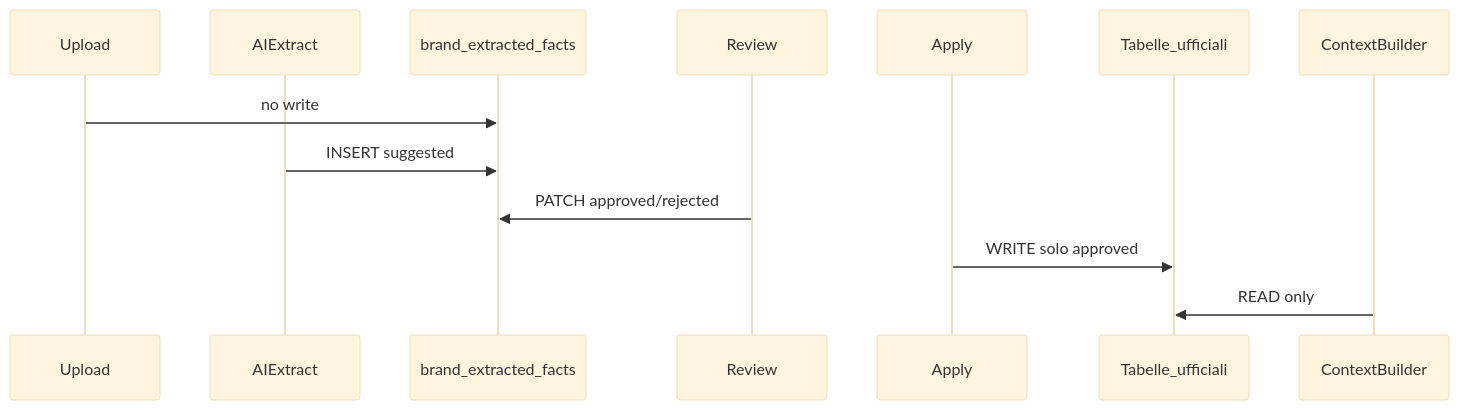
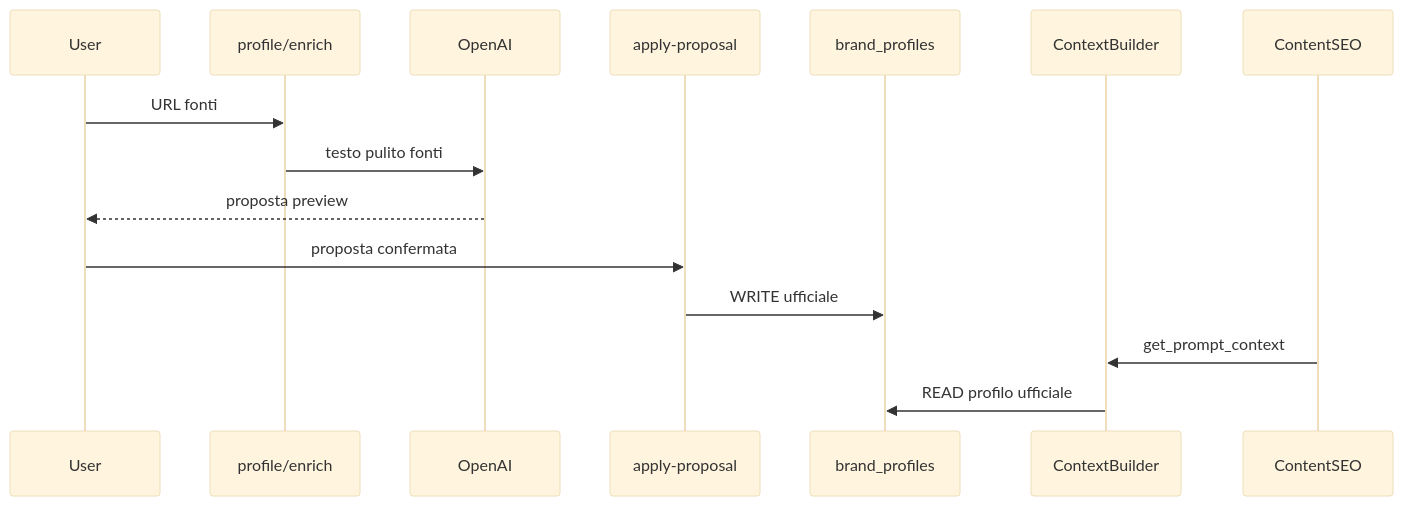
One commit to Rccard92/growth-control-room changed the diagram in docs/ai-architecture.md. Above: the diagram before and after it, drawn with Mermaid (base theme). The commit also changed other lines of this file and 54 other files, not shown here.

Commit message:
Reset Brand Intelligence to Brand Profile v1

````diff
--- a/docs/ai-architecture.md
+++ b/docs/ai-architecture.md
@@ -43,16 +41,18 @@
 ```mermaid
 sequenceDiagram
-  participant Upload
-  participant AIExtract
-  participant FactsDB as brand_extracted_facts
-  participant Review
-  participant Apply
-  participant Official as Tabelle_ufficiali
+  participant User
+  participant Enrich as profile/enrich
+  participant AI as OpenAI
+  participant Apply as apply-proposal
+  participant DB as brand_profiles
   participant CTX as ContextBuilder
+  participant SEO as ContentSEO
 
-  Upload->>FactsDB: no write
-  AIExtract->>FactsDB: INSERT suggested
-  Review->>FactsDB: PATCH approved/rejected
-  Apply->>Official: WRITE solo approved
-  CTX->>Official: READ only
+  User->>Enrich: URL fonti
+  Enrich->>AI: testo pulito fonti
+  AI-->>User: proposta preview
+  User->>Apply: proposta confermata
+  Apply->>DB: WRITE ufficiale
+  SEO->>CTX: get_prompt_context
+  CTX->>DB: READ profilo ufficiale
 ```
````
